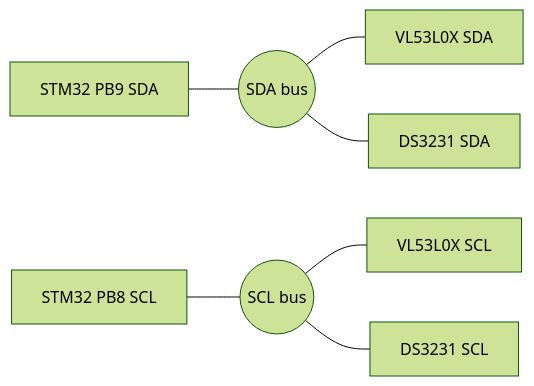
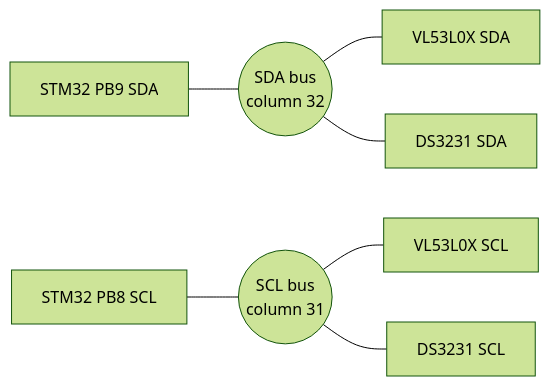
One commit to sourcandy101/kibbly changed the third of 3 diagrams in hardware/04_wiring_list.md. Above: the diagram before and after it, drawn with Mermaid (forest theme). The commit also changed other lines of this file and 14 other files, not shown here.

````diff
--- a/hardware/04_wiring_list.md
+++ b/hardware/04_wiring_list.md
@@ -341,9 +341,9 @@
 ```mermaid
 flowchart LR
-    PB9["STM32 PB9 SDA"] --- SDA(("SDA bus"))
-    PB8["STM32 PB8 SCL"] --- SCL(("SCL bus"))
+    PB9["STM32 PB9 SDA"] --- SDA(("SDA bus<br/>column 32"))
+    PB8["STM32 PB8 SCL"] --- SCL(("SCL bus<br/>column 31"))
     SDA --- TS["VL53L0X SDA"]
     SCL --- TC["VL53L0X SCL"]
     SDA --- RS["DS3231 SDA"]
     SCL --- RC["DS3231 SCL"]
 ```
````
